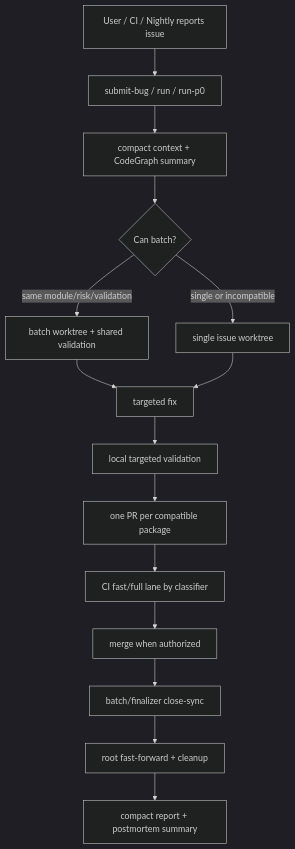
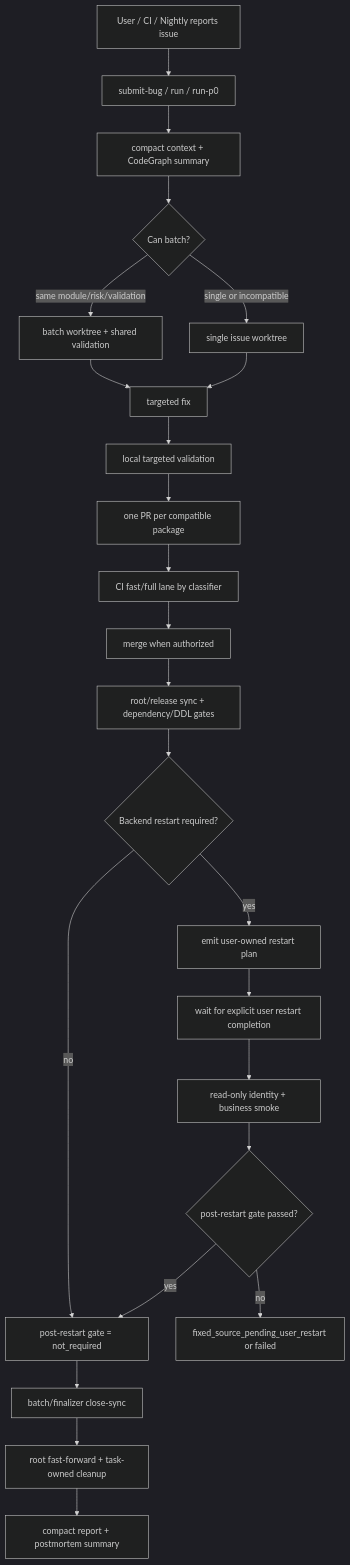
The diagram in docs/architecture/aistock_issue_workflow_efficiency_case_optimization_design_v2_4_20260604.md (licong01-cloud/AIstock), drawn with Mermaid (dark theme) before and after one commit. The commit also changed other lines of this file, not shown here.

Commit message:
docs(workflow): design RTK and restart governance v2.5

````diff
--- a/docs/architecture/aistock_issue_workflow_efficiency_case_optimization_design_v2_4_20260604.md
+++ b/docs/architecture/aistock_issue_workflow_efficiency_case_optimization_design_v2_4_20260604.md
@@ -54,17 +65,26 @@
 ```mermaid
 flowchart TD
   A["User / CI / Nightly reports issue"] --> B["submit-bug / run / run-p0"]
   B --> C["compact context + CodeGraph summary"]
   C --> D{"Can batch?"}
   D -->|"same module/risk/validation"| E["batch worktree + shared validation"]
   D -->|"single or incompatible"| F["single issue worktree"]
   E --> G["targeted fix"]
   F --> G
   G --> H["local targeted validation"]
   H --> I["one PR per compatible package"]
   I --> J["CI fast/full lane by classifier"]
   J --> K["merge when authorized"]
-  K --> L["batch/finalizer close-sync"]
-  L --> M["root fast-forward + cleanup"]
+  K --> L["root/release sync + dependency/DDL gates"]
+  L --> O{"Backend restart required?"}
+  O -->|"no"| P["post-restart gate = not_required"]
+  O -->|"yes"| Q["emit user-owned restart plan"]
+  Q --> R["wait for explicit user restart completion"]
+  R --> S["read-only identity + business smoke"]
+  S --> T{"post-restart gate passed?"}
+  T -->|"no"| U["fixed_source_pending_user_restart or failed"]
+  T -->|"yes"| P
+  P --> V["batch/finalizer close-sync"]
+  V --> M["root fast-forward + task-owned cleanup"]
   M --> N["compact report + postmortem summary"]
 ```
````
